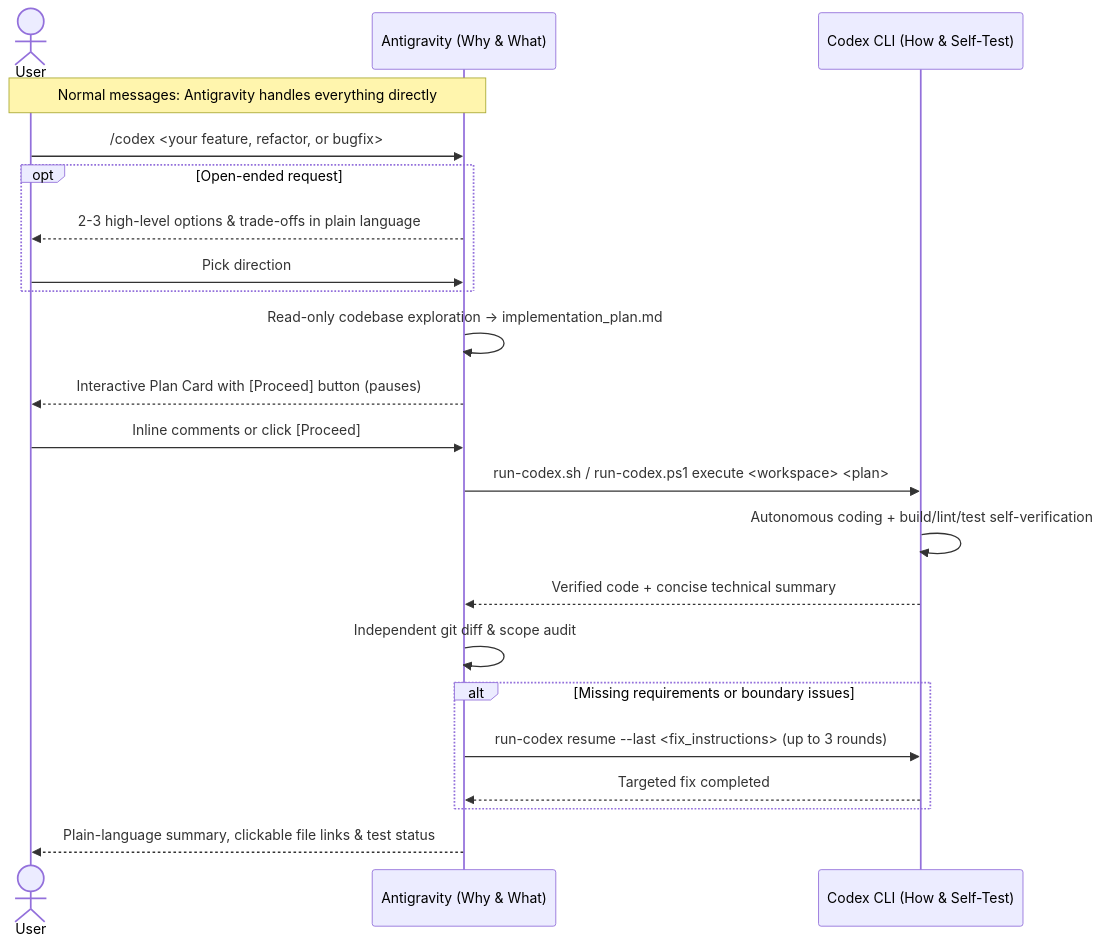
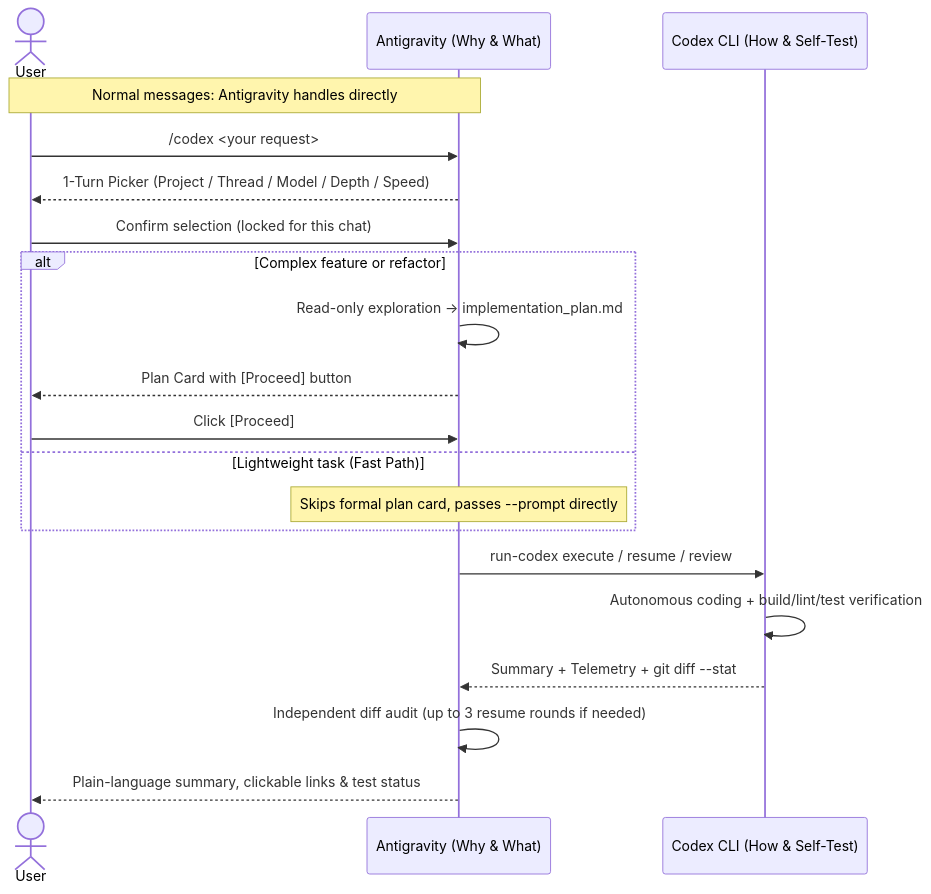
The diagram in README.md (19zbhy/antigravity-codex), drawn with Mermaid before and after one commit. The commit also changed other lines of this file and 2 other files, not shown here.

Commit message:
docs(readme): restructure bilingual README with value table, picker preview, workflows, and FAQ

````diff
--- a/README.md
+++ b/README.md
@@ -54,25 +125,23 @@
 ```mermaid
 sequenceDiagram
     actor User as User
     participant Antigravity as Antigravity (Why & What)
     participant Codex as Codex CLI (How & Self-Test)
 
-    Note over User,Antigravity: Normal messages: Antigravity handles everything directly
-    User->>Antigravity: /codex <your feature, refactor, or bugfix>
-    opt Open-ended request
-        Antigravity-->>User: 2-3 high-level options & trade-offs in plain language
-        User->>Antigravity: Pick direction
+    Note over User,Antigravity: Normal messages: Antigravity handles directly
+    User->>Antigravity: /codex <your request>
+    Antigravity-->>User: 1-Turn Picker (Project / Thread / Model / Depth / Speed)
+    User->>Antigravity: Confirm selection (locked for this chat)
+    alt Complex feature or refactor
+        Antigravity->>Antigravity: Read-only exploration -> implementation_plan.md
+        Antigravity-->>User: Plan Card with [Proceed] button
+        User->>Antigravity: Click [Proceed]
+    else Lightweight task (Fast Path)
+        Note over Antigravity: Skips formal plan card, passes --prompt directly
     end
-    Antigravity->>Antigravity: Read-only codebase exploration -> implementation_plan.md
-    Antigravity-->>User: Interactive Plan Card with [Proceed] button (pauses)
-    User->>Antigravity: Inline comments or click [Proceed]
-    Antigravity->>Codex: run-codex.sh / run-codex.ps1 execute <workspace> <plan>
-    Codex->>Codex: Autonomous coding + build/lint/test self-verification
-    Codex-->>Antigravity: Verified code + concise technical summary
-    Antigravity->>Antigravity: Independent git diff & scope audit
-    alt Missing requirements or boundary issues
-        Antigravity->>Codex: run-codex resume --last <fix_instructions> (up to 3 rounds)
-        Codex-->>Antigravity: Targeted fix completed
-    end
-    Antigravity-->>User: Plain-language summary, clickable file links & test status
+    Antigravity->>Codex: run-codex execute / resume / review
+    Codex->>Codex: Autonomous coding + build/lint/test verification
+    Codex-->>Antigravity: Summary + Telemetry + git diff --stat
+    Antigravity->>Antigravity: Independent diff audit (up to 3 resume rounds if needed)
+    Antigravity-->>User: Plain-language summary, clickable links & test status
 ```
````
